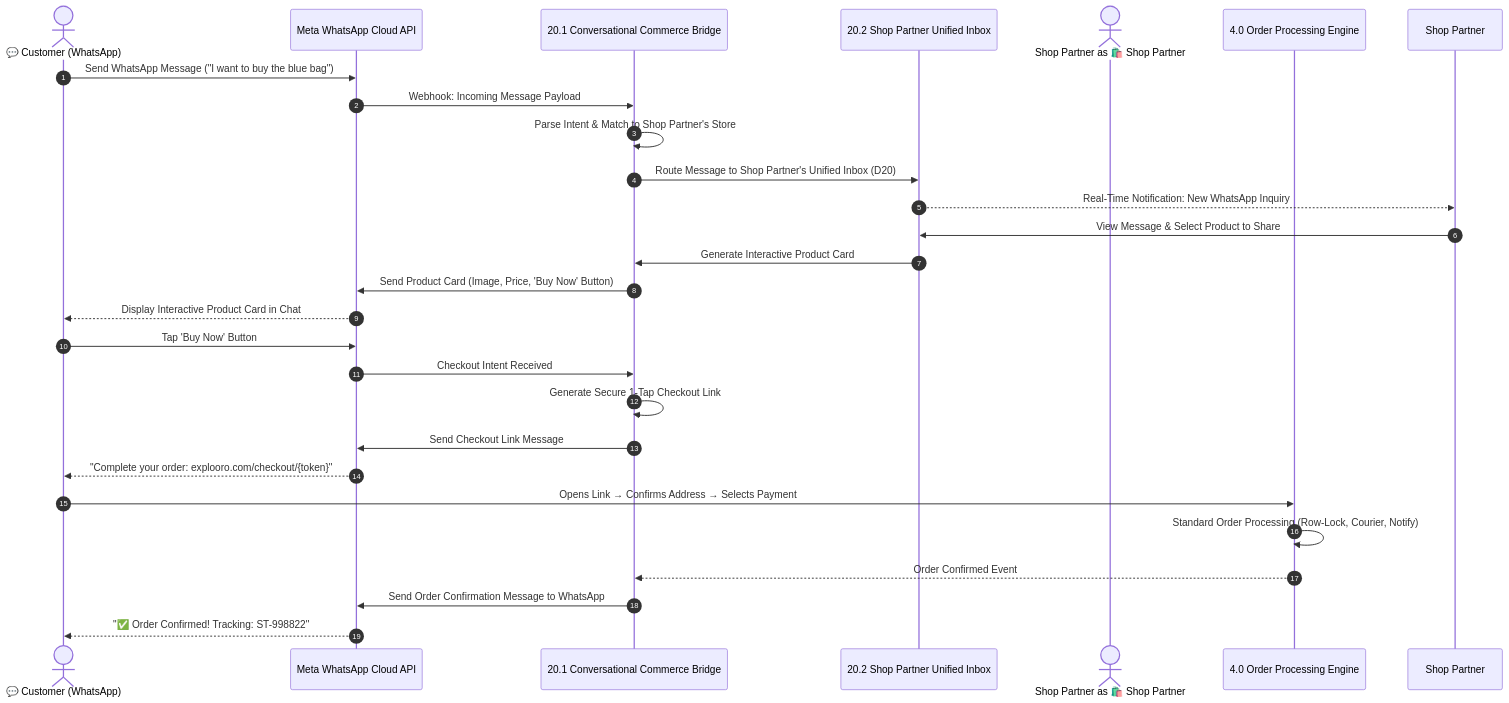
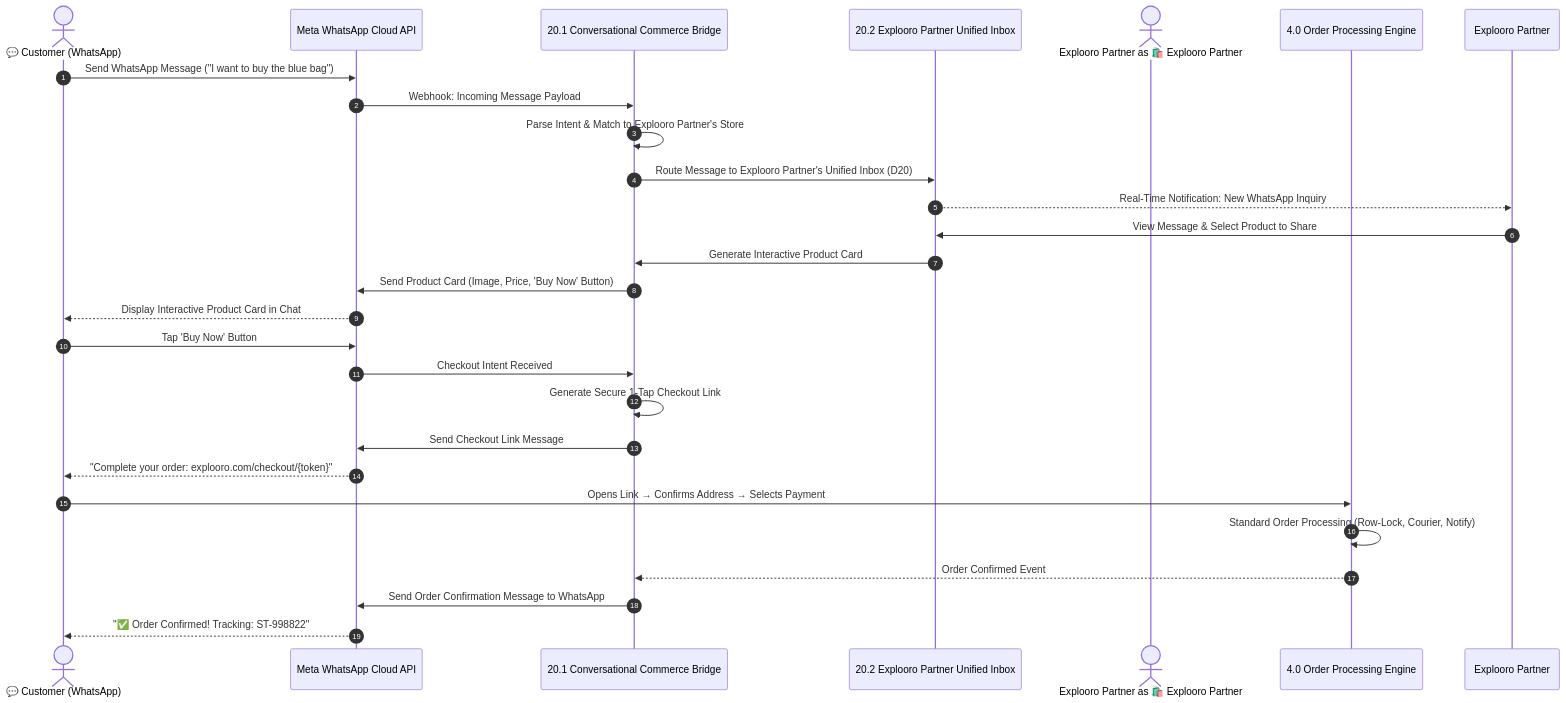
Before and after one commit to ashrafulta2/Explooro: diagram 18 of 18 in docs/DFD.md, drawn with Mermaid. The commit also changed other lines of this file and 431 other files, not shown here.

````diff
--- a/docs/DFD.md
+++ b/docs/DFD.md
@@ -715,33 +715,33 @@
 ```mermaid
 sequenceDiagram
     autonumber
     actor BuyerWA as 💬 Customer (WhatsApp)
     participant MetaAPI as Meta WhatsApp Cloud API
     participant Bridge as 20.1 Conversational Commerce Bridge
-    participant Inbox as 20.2 Shop Partner Unified Inbox
-    actor Shop Partner as 🛍️ Shop Partner
+    participant Inbox as 20.2 Explooro Partner Unified Inbox
+    actor Explooro Partner as 🛍️ Explooro Partner
     participant OrderEngine as 4.0 Order Processing Engine
 
     BuyerWA->>MetaAPI: Send WhatsApp Message ("I want to buy the blue bag")
     MetaAPI->>Bridge: Webhook: Incoming Message Payload
-    Bridge->>Bridge: Parse Intent & Match to Shop Partner's Store
-    Bridge->>Inbox: Route Message to Shop Partner's Unified Inbox (D20)
-    Inbox-->>Shop Partner: Real-Time Notification: New WhatsApp Inquiry
+    Bridge->>Bridge: Parse Intent & Match to Explooro Partner's Store
+    Bridge->>Inbox: Route Message to Explooro Partner's Unified Inbox (D20)
+    Inbox-->>Explooro Partner: Real-Time Notification: New WhatsApp Inquiry
 
-    Shop Partner->>Inbox: View Message & Select Product to Share
+    Explooro Partner->>Inbox: View Message & Select Product to Share
     Inbox->>Bridge: Generate Interactive Product Card
     Bridge->>MetaAPI: Send Product Card (Image, Price, 'Buy Now' Button)
     MetaAPI-->>BuyerWA: Display Interactive Product Card in Chat
 
     BuyerWA->>MetaAPI: Tap 'Buy Now' Button
     MetaAPI->>Bridge: Checkout Intent Received
     Bridge->>Bridge: Generate Secure 1-Tap Checkout Link
     Bridge->>MetaAPI: Send Checkout Link Message
     MetaAPI-->>BuyerWA: "Complete your order: explooro.com/checkout/{token}"
 
     BuyerWA->>OrderEngine: Opens Link → Confirms Address → Selects Payment
     OrderEngine->>OrderEngine: Standard Order Processing (Row-Lock, Courier, Notify)
     OrderEngine-->>Bridge: Order Confirmed Event
     Bridge->>MetaAPI: Send Order Confirmation Message to WhatsApp
     MetaAPI-->>BuyerWA: "✅ Order Confirmed! Tracking: ST-998822"
 ```
````
